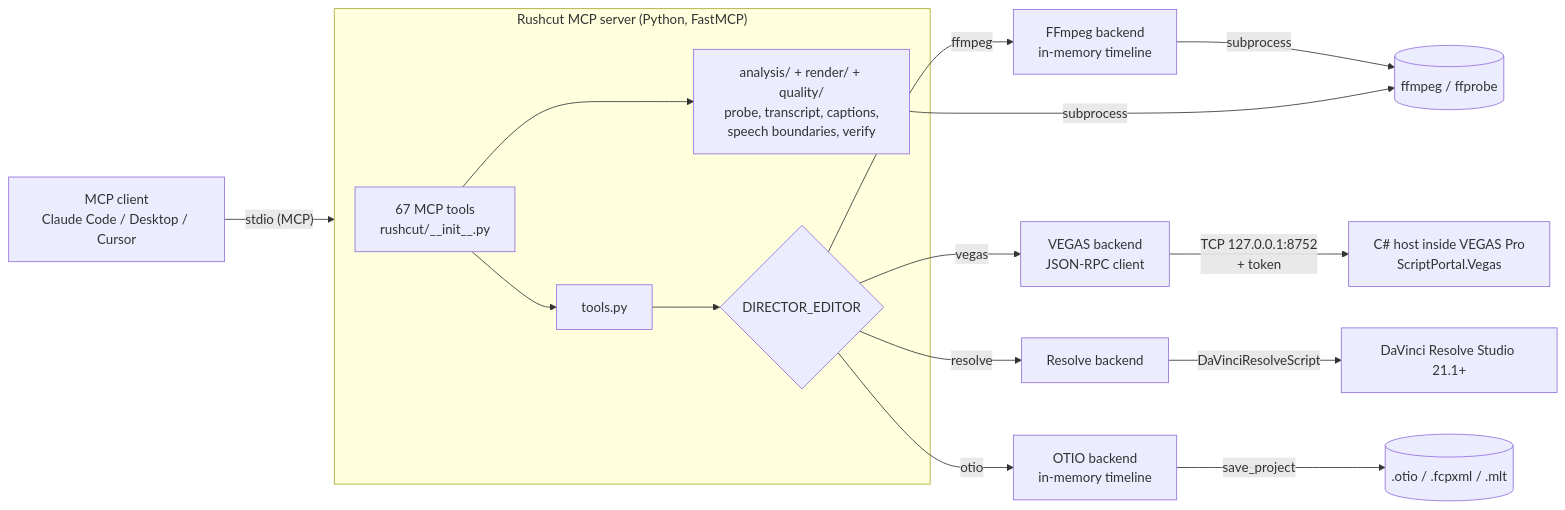
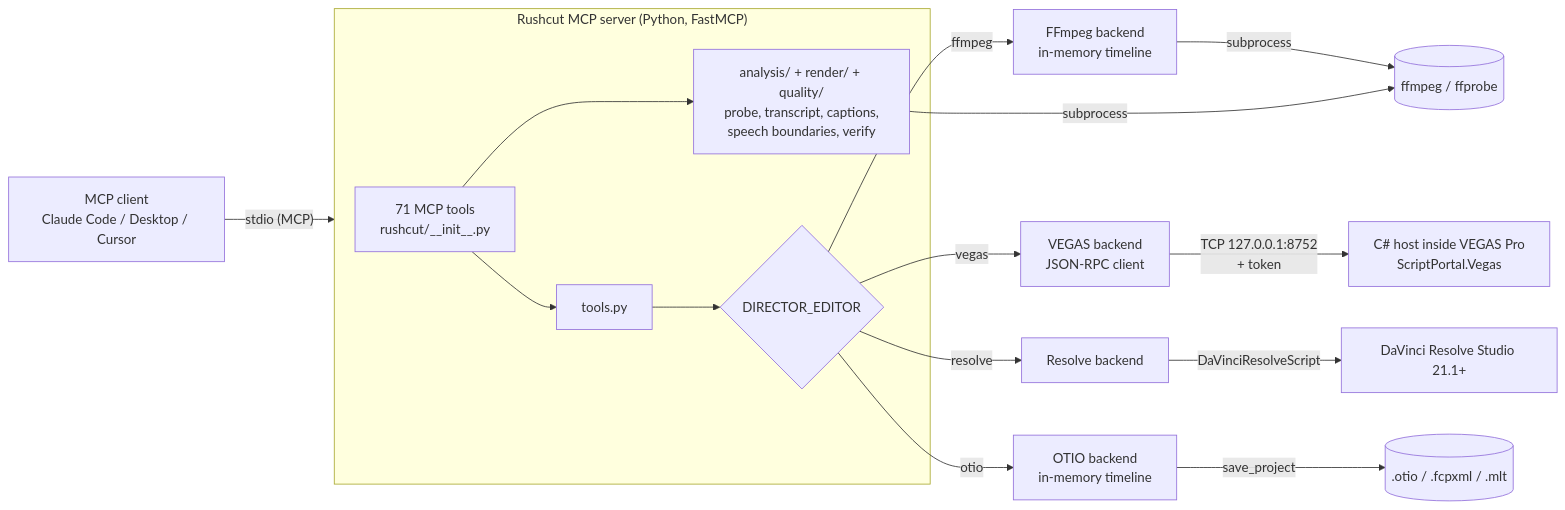
Before and after one commit to RFingAdam/rushcut: the diagram in README.md, drawn with Mermaid. The commit also changed other lines of this file and 12 other files, not shown here.

````diff
--- a/README.md
+++ b/README.md
@@ -319,21 +392,21 @@
 ```mermaid
 flowchart LR
     client["MCP client<br/>Claude Code / Desktop / Cursor"] -- "stdio (MCP)" --> server
 
     subgraph server["Rushcut MCP server (Python, FastMCP)"]
-        tools["67 MCP tools<br/>rushcut/__init__.py"] --> facade["tools.py"]
+        tools["71 MCP tools<br/>rushcut/__init__.py"] --> facade["tools.py"]
         facade --> select{"DIRECTOR_EDITOR"}
         tools --> analysis["analysis/ + render/ + quality/<br/>probe, transcript, captions,<br/>speech boundaries, verify"]
     end
 
     select -- ffmpeg --> ff["FFmpeg backend<br/>in-memory timeline"]
     select -- vegas --> vg["VEGAS backend<br/>JSON-RPC client"]
     select -- resolve --> rs["Resolve backend"]
     select -- otio --> ot["OTIO backend<br/>in-memory timeline"]
 
     ff -- "subprocess" --> ffmpeg[("ffmpeg / ffprobe")]
     analysis -- "subprocess" --> ffmpeg
     vg -- "TCP 127.0.0.1:8752<br/>+ token" --> host["C# host inside VEGAS Pro<br/>ScriptPortal.Vegas"]
     rs -- "DaVinciResolveScript" --> resolve["DaVinci Resolve Studio 21.1+"]
     ot -- "save_project" --> files[(".otio / .fcpxml / .mlt")]
 ```
````
